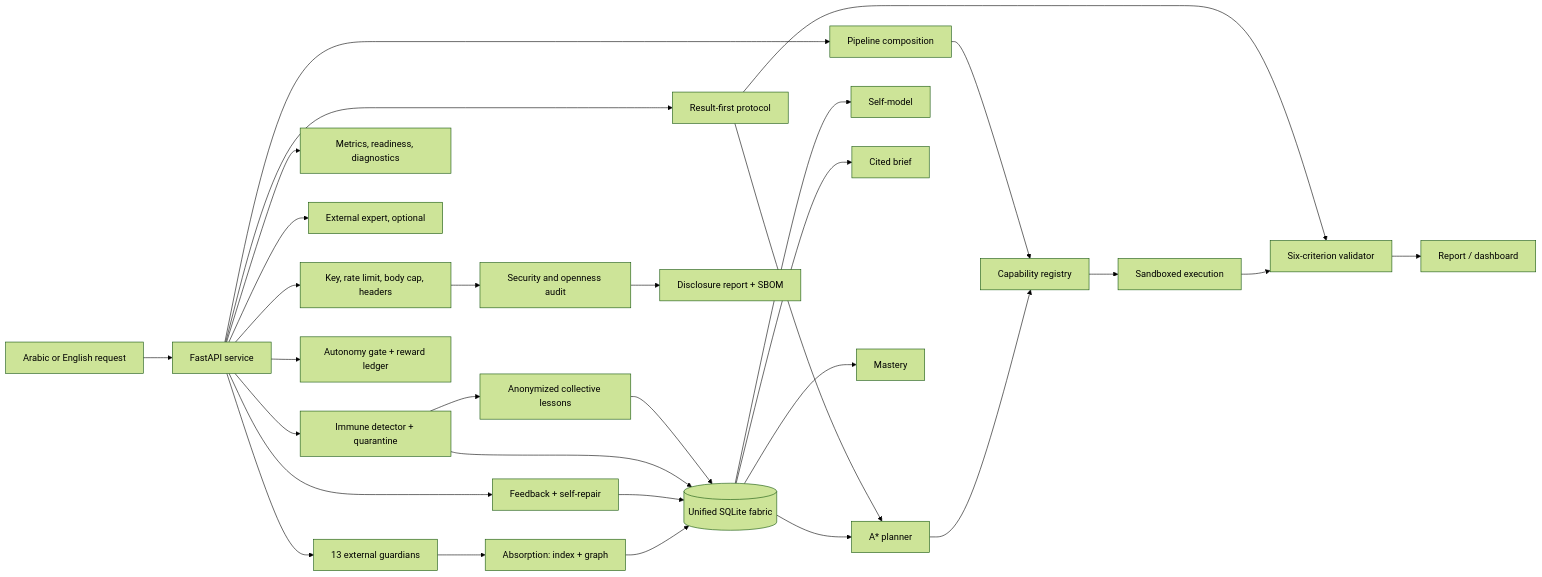
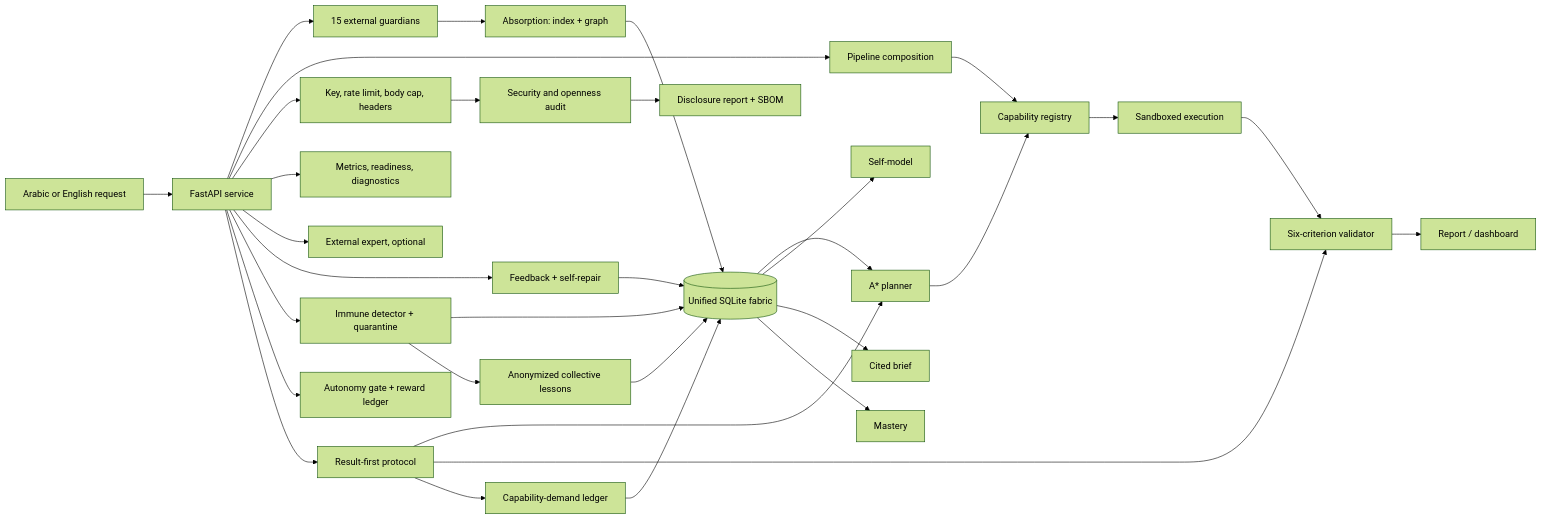
Before and after one commit to mansourhashad8-tech/sovereign-fabric: the diagram in docs/ARCHITECTURE.md, drawn with Mermaid (forest theme). The commit also changed other lines of this file and 14 other files, not shown here.

First line of the commit message:
Broaden execution surface, guardians, and capability-demand memory

````diff
--- a/docs/ARCHITECTURE.md
+++ b/docs/ARCHITECTURE.md
@@ -3,32 +3,34 @@
 ```mermaid
 flowchart LR
   U[Arabic or English request] --> API[FastAPI service]
-  API --> G[13 external guardians]
+  API --> G[15 external guardians]
   G --> A[Absorption: index + graph]
   A --> F[(Unified SQLite fabric)]
   F --> P[A* planner]
   P --> C[Capability registry]
   C --> X[Sandboxed execution]
   API --> PL[Pipeline composition]
   PL --> C
   X --> V[Six-criterion validator]
   V --> R[Report / dashboard]
   F --> S[Self-model]
   F --> B[Cited brief]
   F --> M[Mastery]
   API --> GUARD[Key, rate limit, body cap, headers]
   API --> OPS[Metrics, readiness, diagnostics]
   API --> EX[External expert, optional]
   API --> FB[Feedback + self-repair]
   FB --> F
   API --> IM[Immune detector + quarantine]
   IM --> F
   IM --> CO[Anonymized collective lessons]
   CO --> F
   API --> AU[Autonomy gate + reward ledger]
   API --> PR[Result-first protocol]
   PR --> P
   PR --> V
+  PR --> GP[Capability-demand ledger]
+  GP --> F
   GUARD --> SEC[Security and openness audit]
   SEC --> D[Disclosure report + SBOM]
 ```
````
